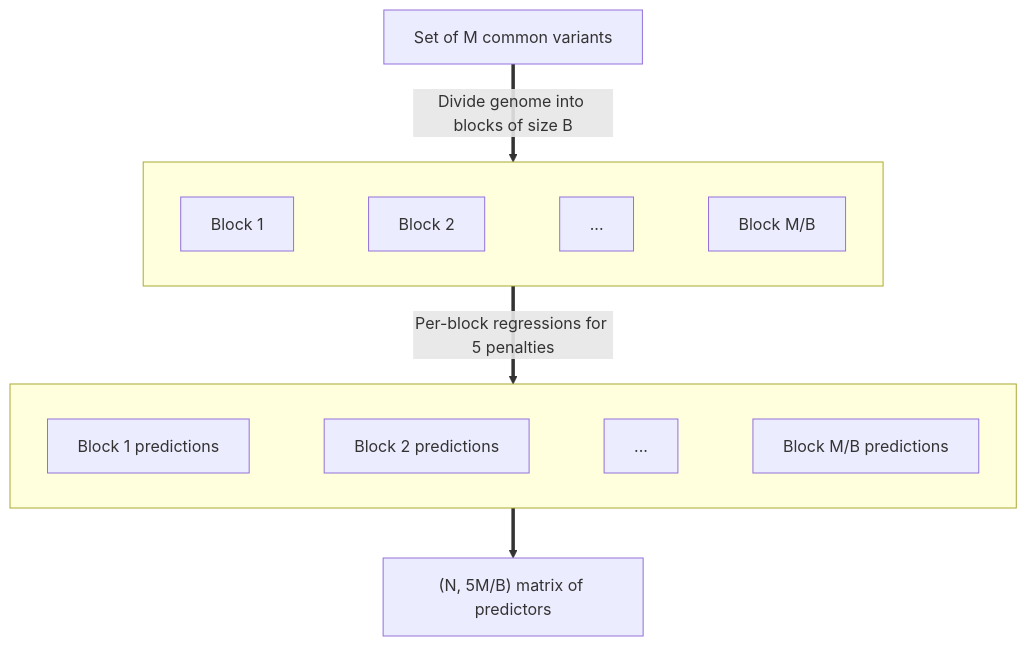
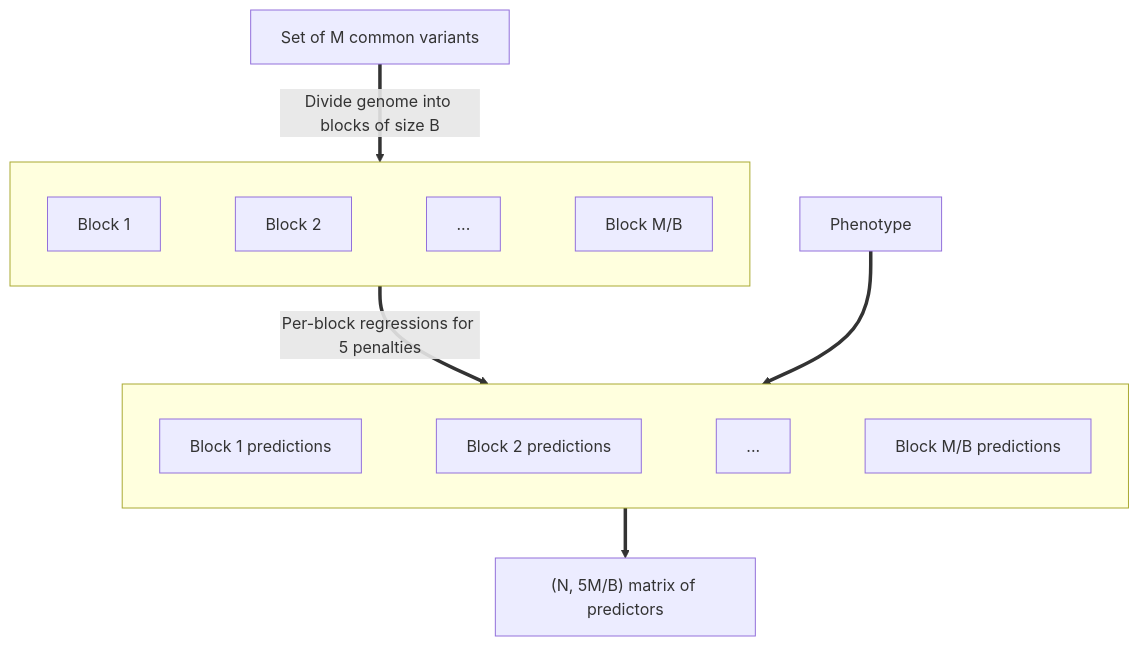
The second of 3 diagrams in docs/overview.md (frankp-0/agricola), drawn with Mermaid before and after one commit. The commit also changed other lines of this file and 2 other files, not shown here.

Commit message:
docs: update site with step1 flowcharts

````diff
--- a/docs/overview.md
+++ b/docs/overview.md
@@ -72,40 +72,42 @@
 ```mermaid
 flowchart TB
 
     GENOME["Set of M common variants"]
     PREDS[" "]
     PRED["(N, 5M/B) matrix of predictors"]
+    PHENO["Phenotype"]
     GENOME ==> |Divide genome into blocks of size B| BLOCKS ==> |Per-block regressions for 5 penalties| PREDS ==> PRED
+    PHENO ==> PREDS
 
     subgraph BLOCKS[" "]
         direction LR
         A[Block 1]
         B[Block 2]
         C[...]
         D[Block M/B]
 
         A --- B
         B --- C
         C --- D
     end
 
     subgraph PREDS[" "]
         direction LR
         E["Block 1 predictions"]
         F["Block 2 predictions"]
         G[...]
         H["Block M/B predictions"]
 
         E --- F
         F --- G
         G --- H
     end
 
-    linkStyle 3 stroke-width:0px;
     linkStyle 4 stroke-width:0px;
     linkStyle 5 stroke-width:0px;
     linkStyle 6 stroke-width:0px;
     linkStyle 7 stroke-width:0px;
     linkStyle 8 stroke-width:0px;
+    linkStyle 9 stroke-width:0px;
 
 ```
````
